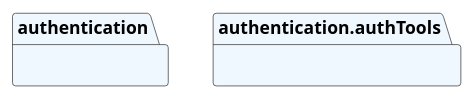
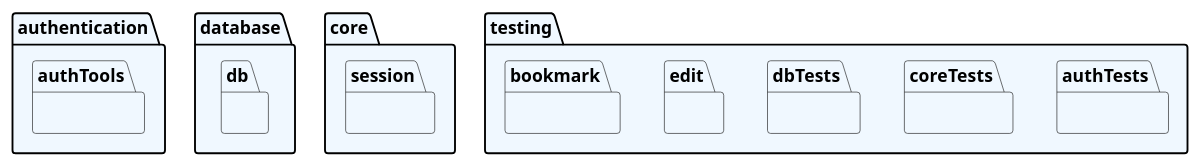
The diagram in Diagrams/Sequences/UC3.puml (Nasnency/Project3155), drawn with PlantUML before and after one commit.

```diff
--- a/Diagrams/Sequences/UC3.puml
+++ b/Diagrams/Sequences/UC3.puml
@@ -1,7 +1,32 @@
 @startuml packages
 set namespaceSeparator none
+
 package "authentication" as authentication #aliceblue {
+    package "authTools" as authTools #aliceblue {
+    }
 }
-package "authentication.authTools" as authentication.authTools #aliceblue {
+
+package "database" as database #aliceblue {
+    package "db" as db #aliceblue {
+    }
 }
+
+package "core" as core #aliceblue {
+    package "session" as session #aliceblue {
+    }
+}
+
+package "testing" as testing #aliceblue {
+    package "authTests" as authTests #aliceblue {
+    }
+    package "coreTests" as coreTests #aliceblue {
+    }
+    package "dbTests" as dbTests #aliceblue {
+    }
+    package "edit" as edit #aliceblue {
+    }
+    package "bookmark" as bookmark #aliceblue {
+    }
+}
+
 @enduml
```
